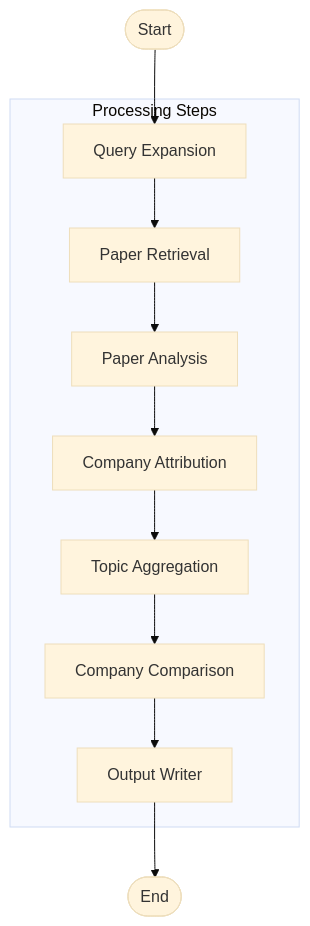
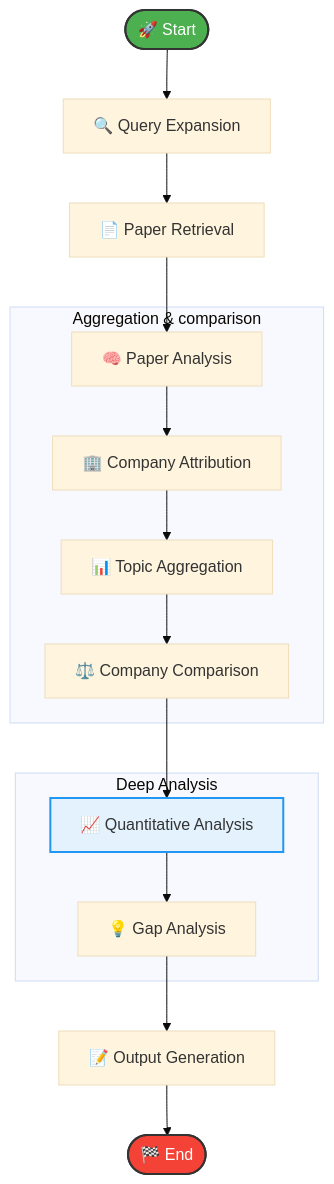
Before and after one commit to AILucifer99/Research-Paper-Analytics-and-Guidance-Langgraph: the diagram in README.md, drawn with Mermaid (base theme). The commit also changed other lines of this file, not shown here.

````diff
--- a/README.md
+++ b/README.md
@@ -18,21 +31,24 @@
 ```mermaid
 graph TD
-    Start([Start]) --> QueryExpansion[Query Expansion]
-    QueryExpansion --> PaperRetrieval[Paper Retrieval]
-    PaperRetrieval --> PaperAnalysis[Paper Analysis]
-    PaperAnalysis --> CompanyAttribution[Company Attribution]
-    CompanyAttribution --> TopicAggregation[Topic Aggregation]
-    TopicAggregation --> CompanyComparison[Company Comparison]
-    CompanyComparison --> OutputWriter[Output Writer]
-    OutputWriter --> End([End])
+    Start([🚀 Start]) --> QueryExpansion[🔍 Query Expansion]
+    QueryExpansion --> PaperRetrieval[📄 Paper Retrieval]
+    PaperRetrieval --> PaperAnalysis[🧠 Paper Analysis]
+    
+    subgraph "Aggregation & comparison"
+        PaperAnalysis --> CompanyAttribution[🏢 Company Attribution]
+        CompanyAttribution --> TopicAggregation[📊 Topic Aggregation]
+        TopicAggregation --> CompanyComparison[⚖️ Company Comparison]
+    end
+    
+    subgraph "Deep Analysis"
+        CompanyComparison --> DeepAnalysis[📈 Quantitative Analysis]
+        DeepAnalysis --> GapAnalysis[💡 Gap Analysis]
+    end
+    
+    GapAnalysis --> OutputWriter[📝 Output Generation]
+    OutputWriter --> End([🏁 End])
 
-    subgraph "Processing Steps"
-        QueryExpansion
-        PaperRetrieval
-        PaperAnalysis
-        CompanyAttribution
-        TopicAggregation
-        CompanyComparison
-        OutputWriter
-    end
+    style Start fill:#4CAF50,stroke:#333,stroke-width:2px,color:white
+    style End fill:#F44336,stroke:#333,stroke-width:2px,color:white
+    style DeepAnalysis fill:#E3F2FD,stroke:#2196F3,stroke-width:2px
 ```
````
